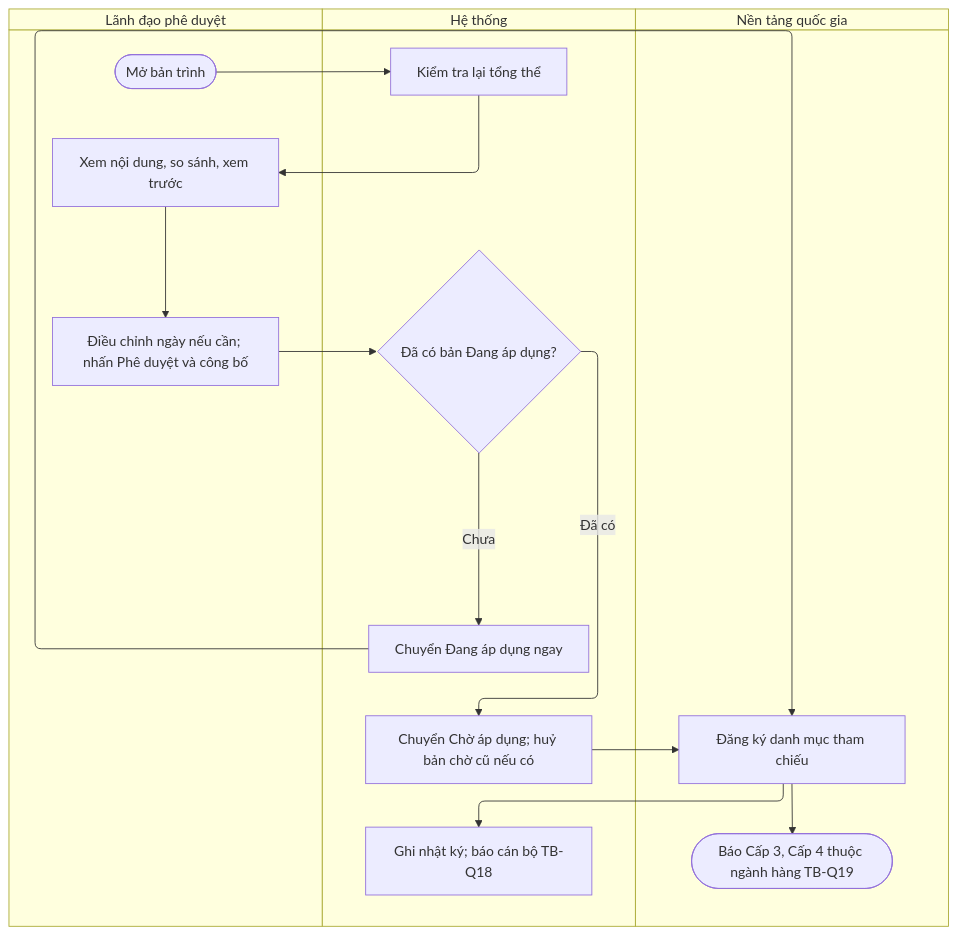
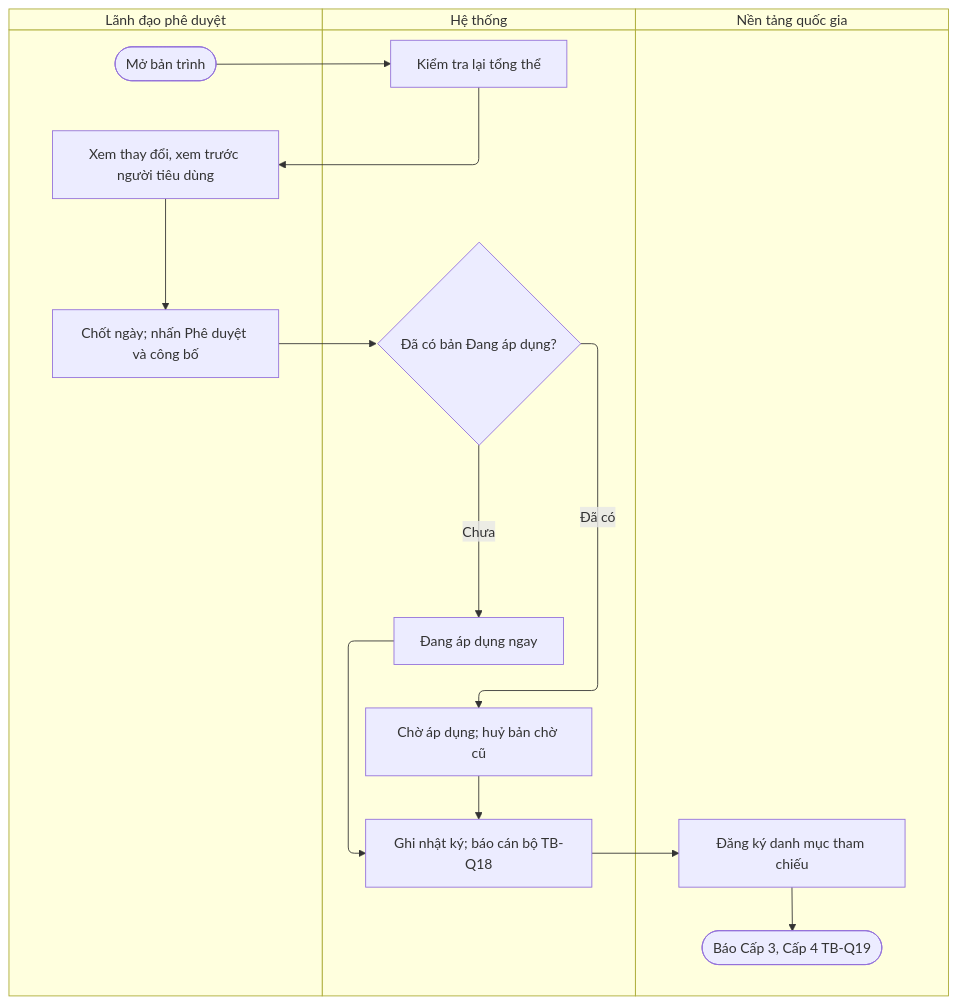
One commit to cuongnh-rd/ndatrace-attp changed the first of 2 diagrams in docs/prd/quy-trinh-tieu-chuan-txng/7.7-phe-duyet-va-cong-bo.md. Above: the diagram before and after it, drawn with Mermaid. The commit also changed other lines of this file and 9 other files, not shown here.

First line of the commit message:
docs(prd): vẽ lại swimlane Quy trình tiêu chuẩn TXNG, phạm vi trùng ngành theo cơ quan cấp 2, sửa tham chiếu luồng

````diff
--- a/docs/prd/quy-trinh-tieu-chuan-txng/7.7-phe-duyet-va-cong-bo.md
+++ b/docs/prd/quy-trinh-tieu-chuan-txng/7.7-phe-duyet-va-cong-bo.md
@@ -42,29 +42,29 @@
 ```mermaid
 swimlane-beta TB
   subgraph LD["Lãnh đạo phê duyệt"]
     s(["Mở bản trình"])
-    l1["Xem nội dung, so sánh, xem trước"]
-    l2["Điều chỉnh ngày nếu cần; nhấn Phê duyệt và công bố"]
+    l1["Xem thay đổi, xem trước người tiêu dùng"]
+    l2["Chốt ngày; nhấn Phê duyệt và công bố"]
   end
   subgraph HT["Hệ thống"]
     h1["Kiểm tra lại tổng thể"]
     d1{"Đã có bản Đang áp dụng?"}
-    h2["Chuyển Đang áp dụng ngay"]
-    h3["Chuyển Chờ áp dụng; huỷ bản chờ cũ nếu có"]
+    h2["Đang áp dụng ngay"]
+    h3["Chờ áp dụng; huỷ bản chờ cũ"]
     h4["Ghi nhật ký; báo cán bộ TB-Q18"]
   end
   subgraph C1["Nền tảng quốc gia"]
     n1["Đăng ký danh mục tham chiếu"]
-    n2(["Báo Cấp 3, Cấp 4 thuộc ngành hàng TB-Q19"])
+    n2(["Báo Cấp 3, Cấp 4 TB-Q19"])
   end
   s --> h1
   h1 --> l1
   l1 --> l2
   l2 --> d1
   d1 -->|Chưa| h2
   d1 -->|Đã có| h3
-  h2 --> n1
-  h3 --> n1
-  n1 --> h4
+  h2 --> h4
+  h3 --> h4
+  h4 --> n1
   n1 --> n2
 ```
````
